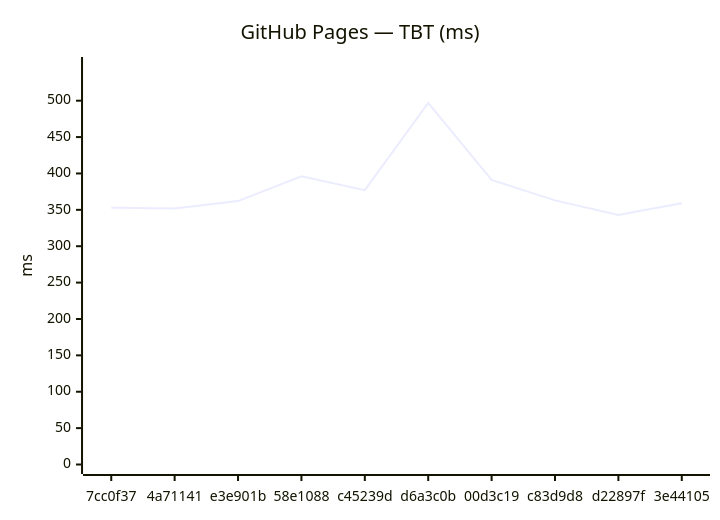
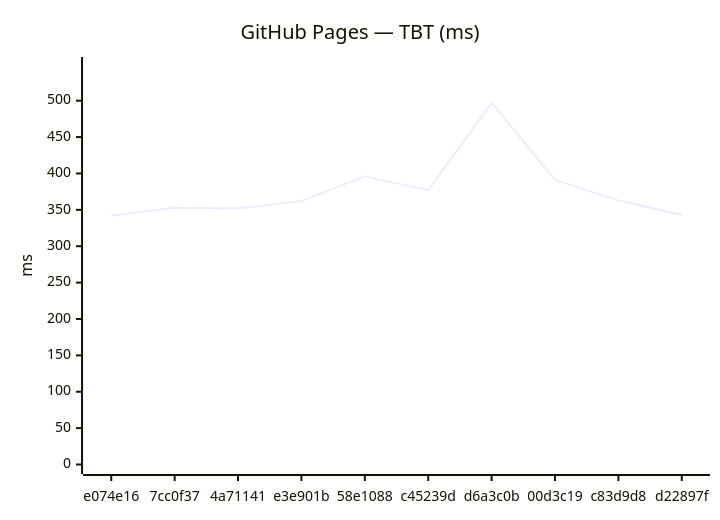
Before and after one commit to Metaheurist/Rianell: the fourth of 18 diagrams in benchmarks/compare.md, drawn with Mermaid. The commit also changed other lines of this file and 11 other files, not shown here.

````diff
--- a/benchmarks/compare.md
+++ b/benchmarks/compare.md
@@ -61,7 +61,7 @@
 ```mermaid
 xychart-beta
     title "GitHub Pages — TBT (ms)"
-    x-axis ["7cc0f37", "4a71141", "e3e901b", "58e1088", "c45239d", "d6a3c0b", "00d3c19", "c83d9d8", "d22897f", "3e44105"]
+    x-axis ["e074e16", "7cc0f37", "4a71141", "e3e901b", "58e1088", "c45239d", "d6a3c0b", "00d3c19", "c83d9d8", "d22897f"]
     y-axis "ms" 0 --> 547
-    line [353, 352, 362, 396, 377, 497, 391, 363, 343, 359]
+    line [342, 353, 352, 362, 396, 377, 497, 391, 363, 343]
 ```
````
